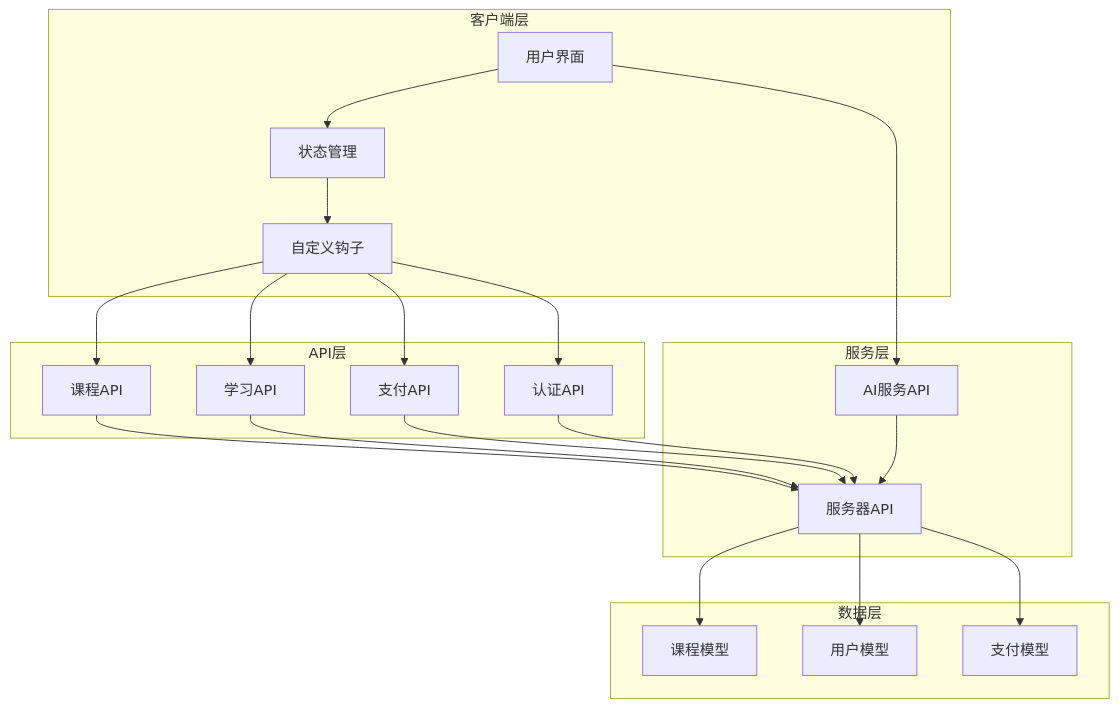
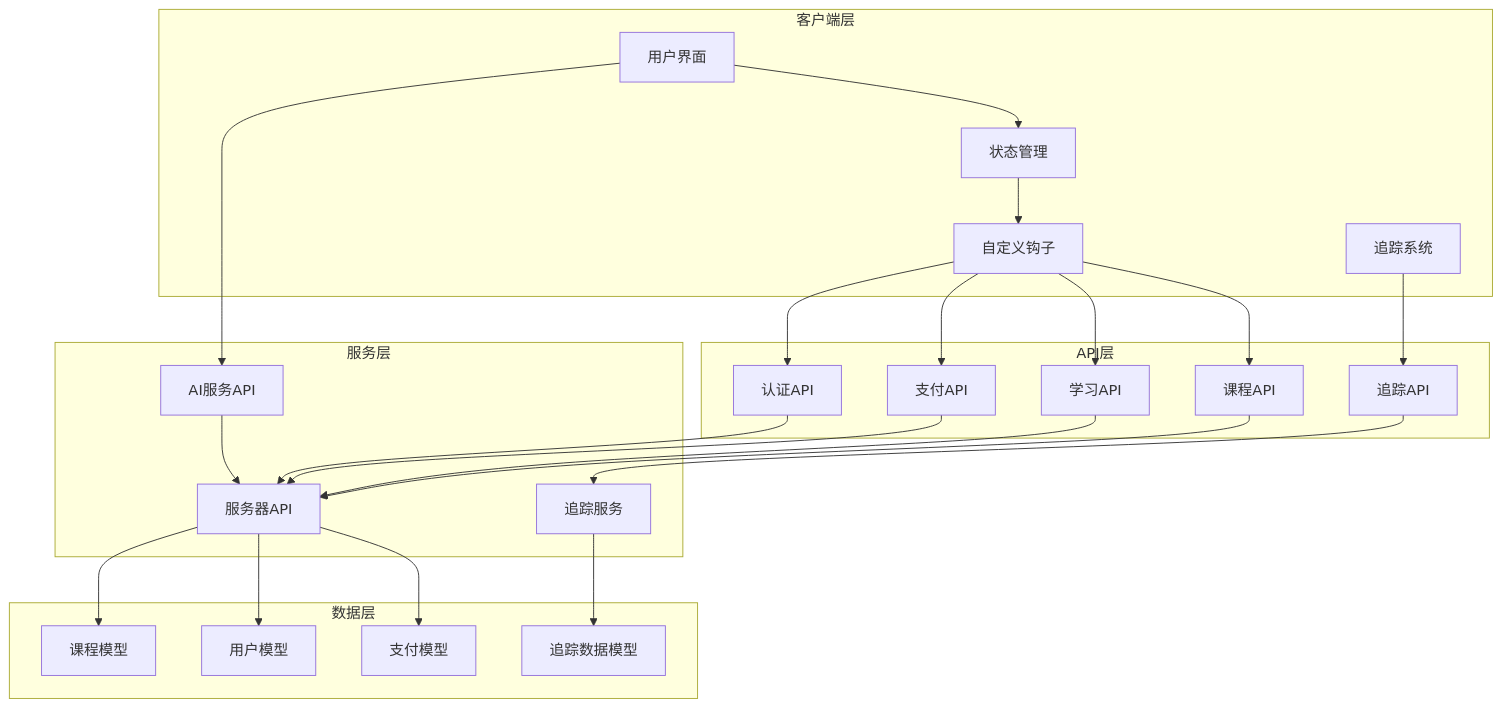
Before and after one commit to LihaoZDB/English-Study: the fourth of 13 diagrams in .qoder/repowiki/zh/content/课程管理模块.md, drawn with Mermaid. The commit also changed other lines of this file and 5 other files, not shown here.

````diff
--- a/.qoder/repowiki/zh/content/课程管理模块.md
+++ b/.qoder/repowiki/zh/content/课程管理模块.md
@@ -140,38 +215,45 @@
 ```mermaid
 graph TB
 subgraph "客户端层"
 UI[用户界面]
 Store[状态管理]
 Hooks[自定义钩子]
+Tracker[追踪系统]
 end
 subgraph "API层"
 CourseAPI[课程API]
 LearnAPI[学习API]
 PayAPI[支付API]
 AuthAPI[认证API]
+TrackerAPI[追踪API]
 end
 subgraph "服务层"
 ServerAPI[服务器API]
 AI_API[AI服务API]
+TrackerService[追踪服务]
 end
 subgraph "数据层"
 CourseModel[课程模型]
 UserModel[用户模型]
 PaymentModel[支付模型]
+TrackerModel[追踪数据模型]
 end
 UI --> Store
 Store --> Hooks
 Hooks --> CourseAPI
 Hooks --> LearnAPI
 Hooks --> PayAPI
 Hooks --> AuthAPI
+Tracker --> TrackerAPI
 CourseAPI --> ServerAPI
 LearnAPI --> ServerAPI
 PayAPI --> ServerAPI
 AuthAPI --> ServerAPI
+TrackerAPI --> TrackerService
 ServerAPI --> CourseModel
 ServerAPI --> UserModel
 ServerAPI --> PaymentModel
+TrackerService --> TrackerModel
 UI --> AI_API
 AI_API --> ServerAPI
 ```
````
